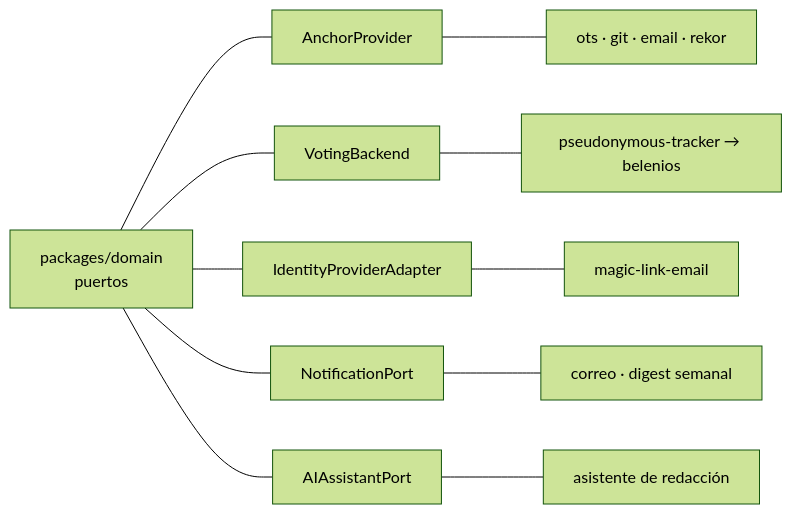
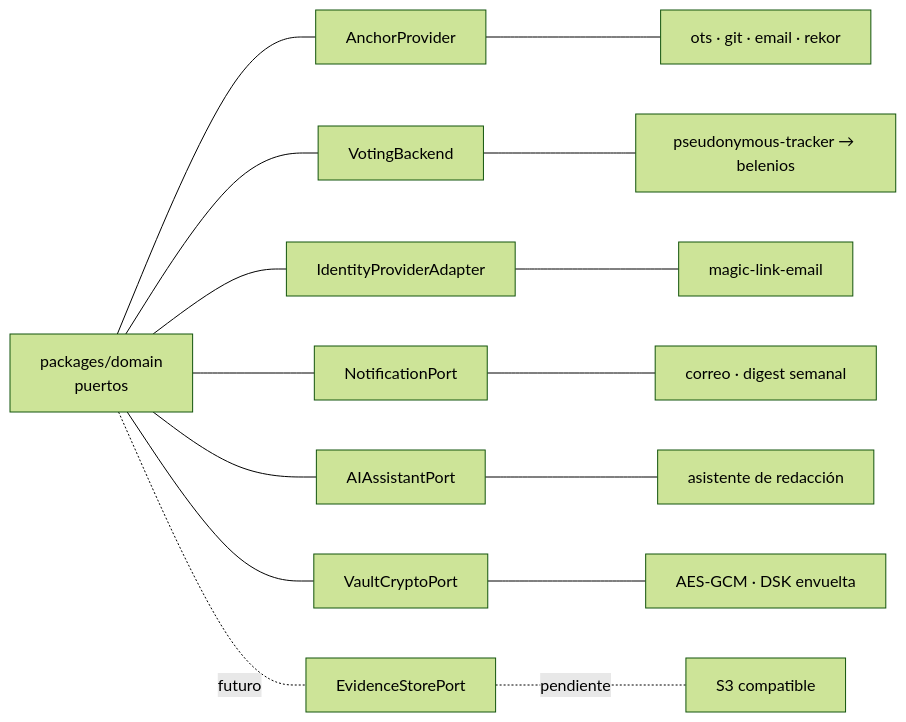
One commit to stevenvo780/koinonia changed the fourth of 4 diagrams in docs/ARCHITECTURE.md. Above: the diagram before and after it, drawn with Mermaid (forest theme). The commit also changed other lines of this file and 69 other files, not shown here.

````diff
--- a/docs/ARCHITECTURE.md
+++ b/docs/ARCHITECTURE.md
@@ -326,8 +372,10 @@
 ```mermaid
 graph LR
   D["packages/domain<br/>puertos"] --- AP["AnchorProvider"] --- A1["ots · git · email · rekor"]
   D --- VB["VotingBackend"] --- A2["pseudonymous-tracker → belenios"]
   D --- IP["IdentityProviderAdapter"] --- A3["magic-link-email"]
   D --- NP["NotificationPort"] --- A4["correo · digest semanal"]
   D --- AI["AIAssistantPort"] --- A5["asistente de redacción"]
+  D --- VC["VaultCryptoPort"] --- A6["AES-GCM · DSK envuelta"]
+  D -. futuro .- ES["EvidenceStorePort"] -. pendiente .- A7["S3 compatible"]
 ```
````
